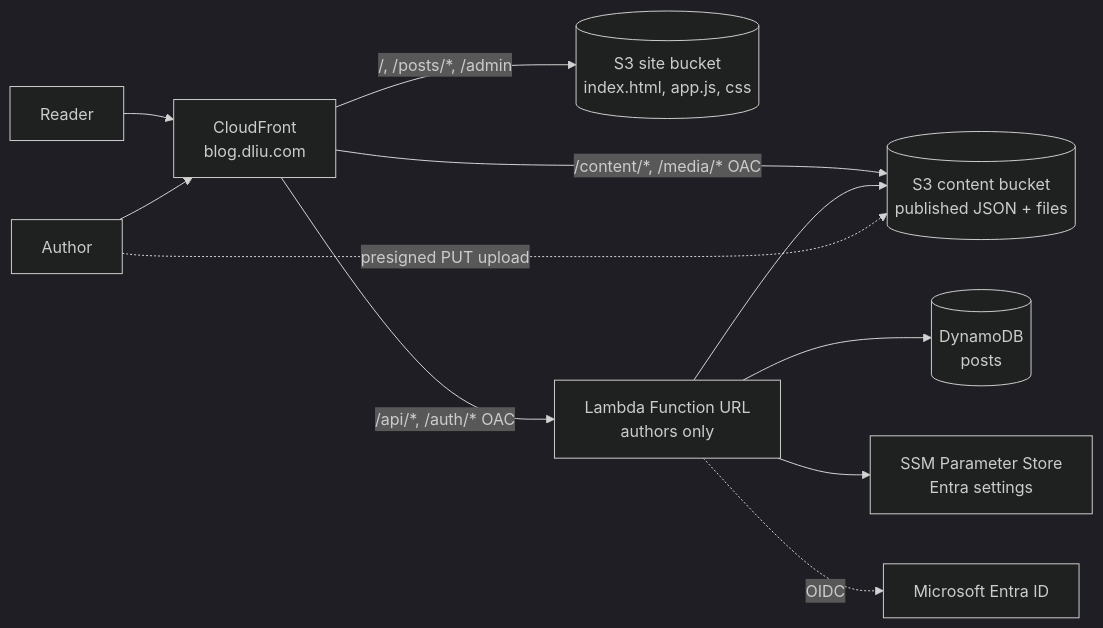
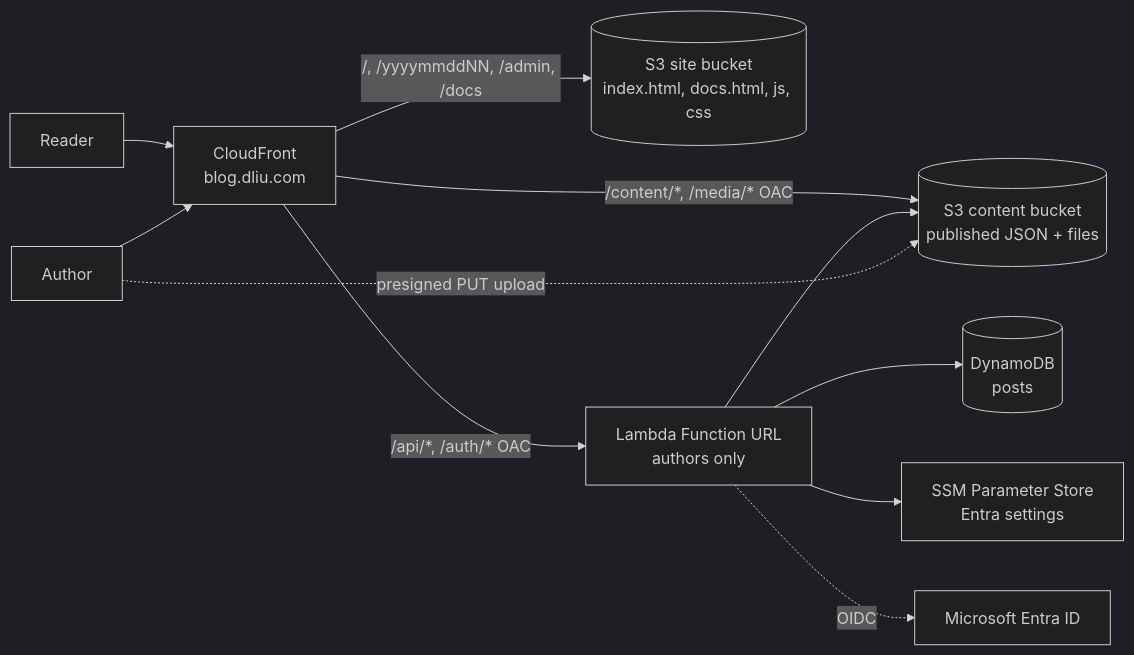
The diagram in README.md (dliu-com/blog), drawn with Mermaid (dark theme) before and after one commit. The commit also changed other lines of this file and 18 other files, not shown here.

````diff
--- a/README.md
+++ b/README.md
@@ -12,13 +14,13 @@
 ```mermaid
 flowchart LR
   R[Reader] --> CF[CloudFront<br/>blog.dliu.com]
   A[Author] --> CF
-  CF -->|"/, /posts/*, /admin"| Site[(S3 site bucket<br/>index.html, app.js, css)]
+  CF -->|"/, /yyyymmddNN, /admin, /docs"| Site[(S3 site bucket<br/>index.html, docs.html, js, css)]
   CF -->|"/content/*, /media/*" OAC| Content[(S3 content bucket<br/>published JSON + files)]
   CF -->|"/api/*, /auth/*" OAC| L[Lambda Function URL<br/>authors only]
   L --> DDB[(DynamoDB<br/>posts)]
   L --> Content
   L --> SSM[SSM Parameter Store<br/>Entra settings]
   A -. "presigned PUT upload" .-> Content
   L -. OIDC .-> Entra[Microsoft Entra ID]
 ```
````
